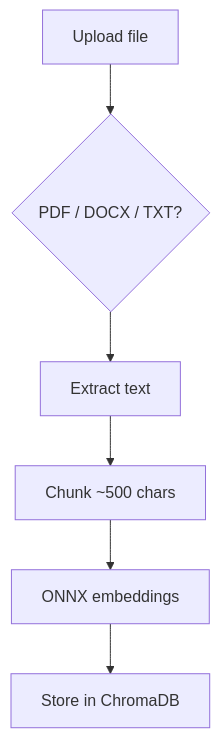
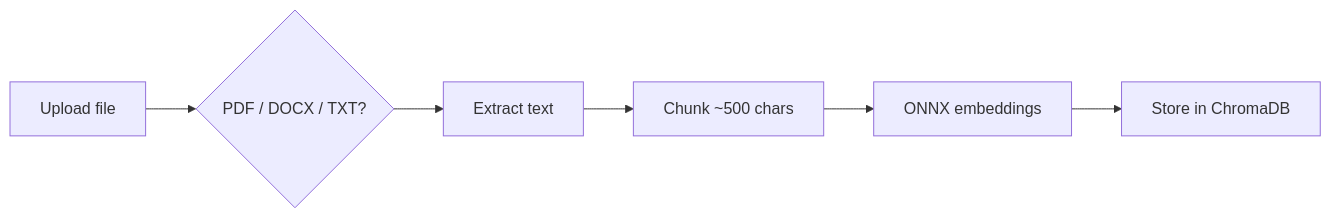
One commit to prthmmkhija1/RAGsystem changed the second of 4 diagrams in README.md. Above: the diagram before and after it, drawn with Mermaid. The commit also changed other lines of this file, not shown here.

````diff
--- a/README.md
+++ b/README.md
@@ -29,8 +29,4 @@
 ```mermaid
-flowchart TD
-    A[Upload file] --> B{PDF / DOCX / TXT?}
-    B --> C[Extract text]
-    C --> D[Chunk ~500 chars]
-    D --> E[ONNX embeddings]
-    E --> F[Store in ChromaDB]
+flowchart LR
+    A[Upload file] --> B{PDF / DOCX / TXT?} --> C[Extract text] --> D[Chunk ~500 chars] --> E[ONNX embeddings] --> F[Store in ChromaDB]
 ```
````
